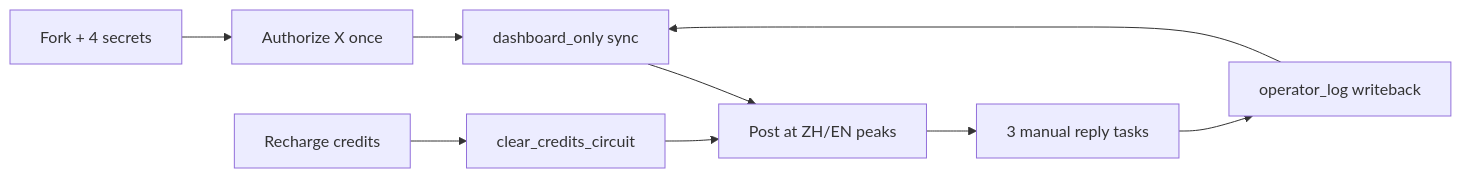
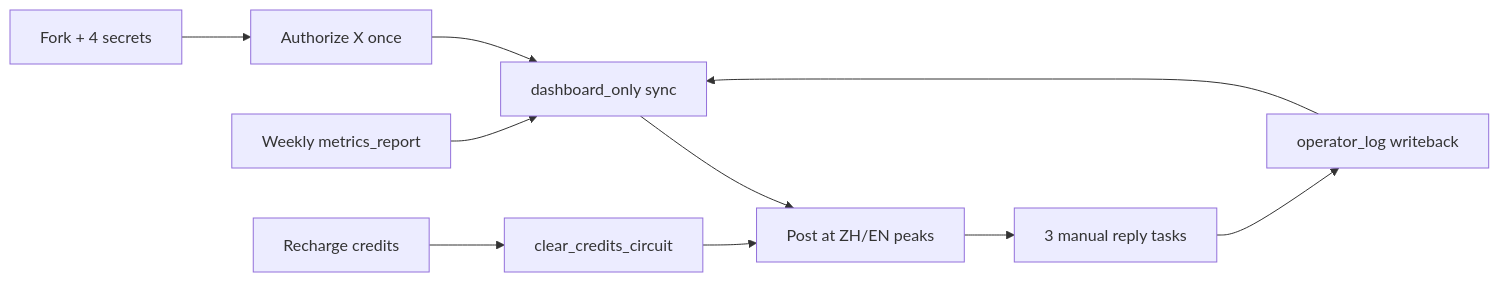
One commit to Linus-Shyu/XGrowth changed the diagram in README.md. Above: the diagram before and after it, drawn with Mermaid. The commit also changed other lines of this file and 2 other files, not shown here.

First line of the commit message:
Document weekly metrics_report for the $5 open-source path.

````diff
--- a/README.md
+++ b/README.md
@@ -180,11 +186,12 @@
 ```mermaid
 flowchart LR
   A[Fork + 4 secrets] --> B[Authorize X once]
   B --> C[dashboard_only sync]
   C --> D[Post at ZH/EN peaks]
   D --> E[3 manual reply tasks]
   E --> F[operator_log writeback]
   F --> C
+  W[Weekly metrics_report] --> C
   G[Recharge credits] --> H[clear_credits_circuit]
   H --> D
 ```
````
